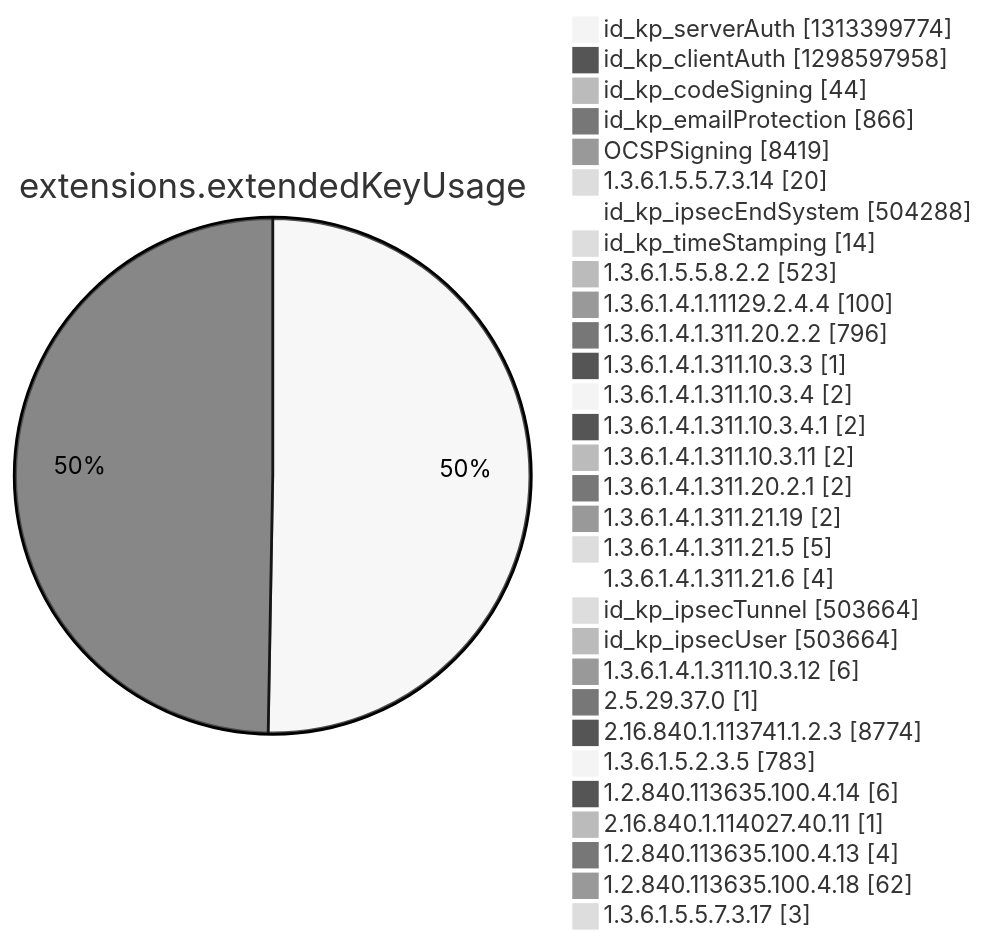
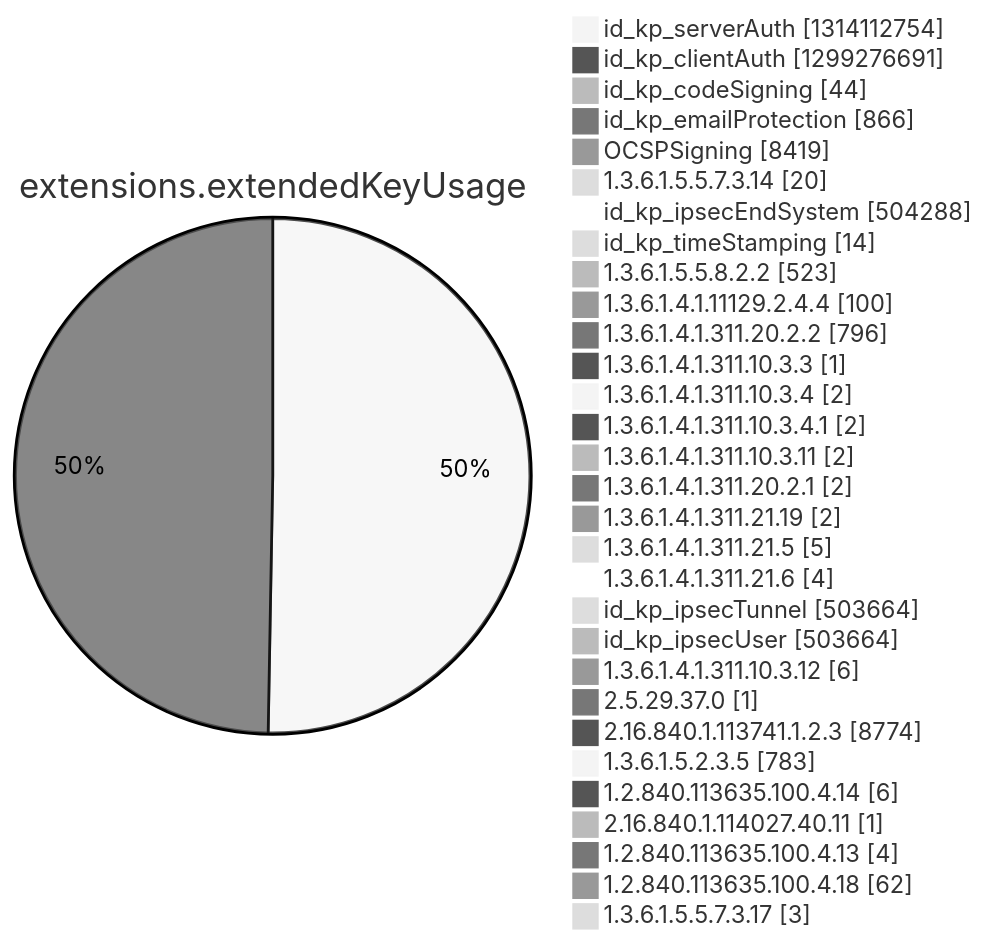
Diagram 12 of 15 in argon2022/README.md (christiankrug/ctmonitor_visualization), drawn with Mermaid (neutral theme) before and after one commit. The commit also changed other lines of this file, not shown here.

````diff
--- a/argon2022/README.md
+++ b/argon2022/README.md
@@ -3552,34 +3552,34 @@
 ```mermaid
 pie showData
 title extensions.extendedKeyUsage
-"id_kp_serverAuth" :1313399774
-"id_kp_clientAuth" :1298597958
+"id_kp_serverAuth" :1314112754
+"id_kp_clientAuth" :1299276691
 "id_kp_codeSigning" :44
 "id_kp_emailProtection" :866
 "OCSPSigning" :8419
 "1.3.6.1.5.5.7.3.14" :20
 "id_kp_ipsecEndSystem" :504288
 "id_kp_timeStamping" :14
 "1.3.6.1.5.5.8.2.2" :523
 "1.3.6.1.4.1.11129.2.4.4" :100
 "1.3.6.1.4.1.311.20.2.2" :796
 "1.3.6.1.4.1.311.10.3.3" :1
 "1.3.6.1.4.1.311.10.3.4" :2
 "1.3.6.1.4.1.311.10.3.4.1" :2
 "1.3.6.1.4.1.311.10.3.11" :2
 "1.3.6.1.4.1.311.20.2.1" :2
 "1.3.6.1.4.1.311.21.19" :2
 "1.3.6.1.4.1.311.21.5" :5
 "1.3.6.1.4.1.311.21.6" :4
 "id_kp_ipsecTunnel" :503664
 "id_kp_ipsecUser" :503664
 "1.3.6.1.4.1.311.10.3.12" :6
 "2.5.29.37.0" :1
 "2.16.840.1.113741.1.2.3" :8774
 "1.3.6.1.5.2.3.5" :783
 "1.2.840.113635.100.4.14" :6
 "2.16.840.1.114027.40.11" :1
 "1.2.840.113635.100.4.13" :4
 "1.2.840.113635.100.4.18" :62
 "1.3.6.1.5.5.7.3.17" :3
 ```
````
